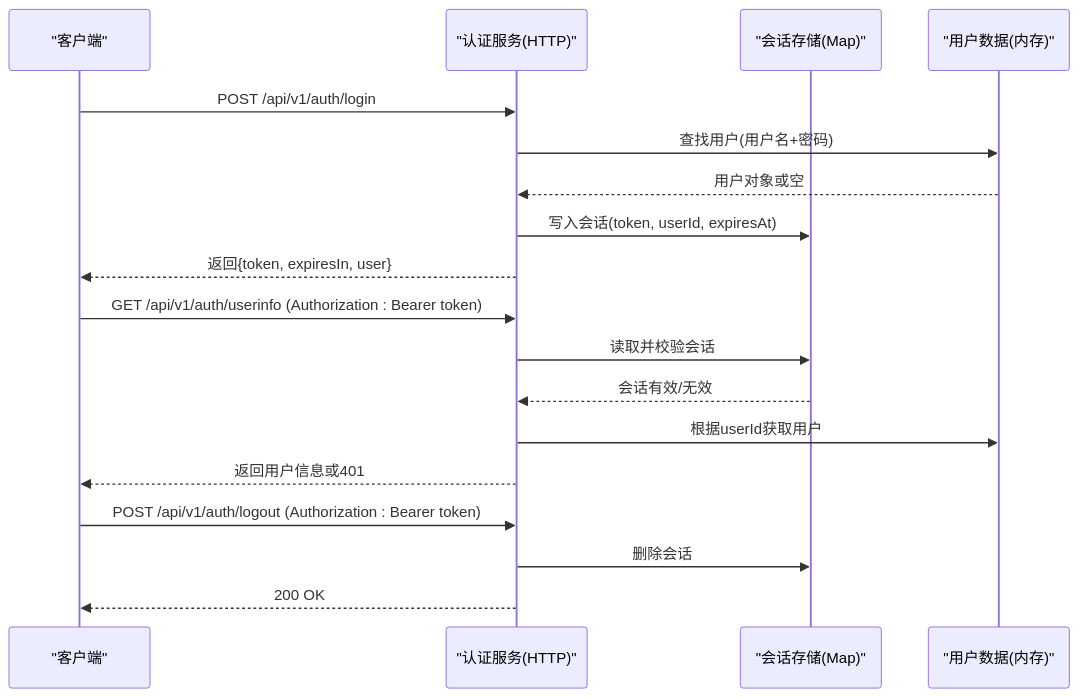
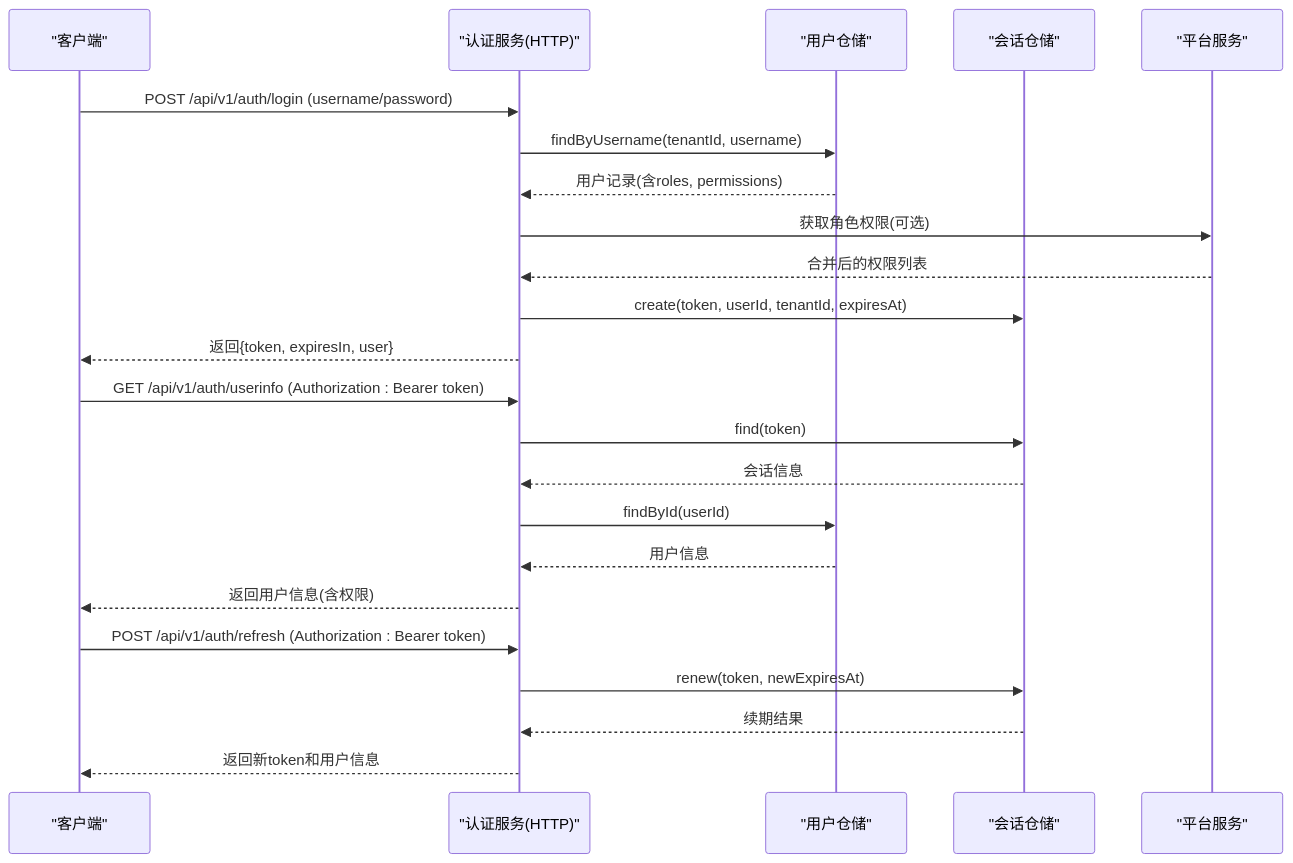
Before and after one commit to q446328246/agri-platform: the second of 7 diagrams in .qoder/repowiki/zh/content/核心服务文档/认证授权服务.md, drawn with Mermaid. The commit also changed other lines of this file and 84 other files, not shown here.

````diff
--- a/.qoder/repowiki/zh/content/核心服务文档/认证授权服务.md
+++ b/.qoder/repowiki/zh/content/核心服务文档/认证授权服务.md
@@ -79,20 +111,25 @@
 ```mermaid
 sequenceDiagram
 participant Client as "客户端"
 participant Auth as "认证服务(HTTP)"
-participant Session as "会话存储(Map)"
-participant Users as "用户数据(内存)"
-Client->>Auth : POST /api/v1/auth/login
-Auth->>Users : 查找用户(用户名+密码)
-Users-->>Auth : 用户对象或空
-Auth->>Session : 写入会话(token, userId, expiresAt)
+participant UserRepo as "用户仓储"
+participant SessionRepo as "会话仓储"
+participant Platform as "平台服务"
+Client->>Auth : POST /api/v1/auth/login (username/password)
+Auth->>UserRepo : findByUsername(tenantId, username)
+UserRepo-->>Auth : 用户记录(含roles, permissions)
+Auth->>Platform : 获取角色权限(可选)
+Platform-->>Auth : 合并后的权限列表
+Auth->>SessionRepo : create(token, userId, tenantId, expiresAt)
 Auth-->>Client : 返回{token, expiresIn, user}
 Client->>Auth : GET /api/v1/auth/userinfo (Authorization : Bearer token)
-Auth->>Session : 读取并校验会话
-Session-->>Auth : 会话有效/无效
-Auth->>Users : 根据userId获取用户
-Auth-->>Client : 返回用户信息或401
-Client->>Auth : POST /api/v1/auth/logout (Authorization : Bearer token)
-Auth->>Session : 删除会话
-Auth-->>Client : 200 OK
+Auth->>SessionRepo : find(token)
+SessionRepo-->>Auth : 会话信息
+Auth->>UserRepo : findById(userId)
+UserRepo-->>Auth : 用户信息
+Auth-->>Client : 返回用户信息(含权限)
+Client->>Auth : POST /api/v1/auth/refresh (Authorization : Bearer token)
+Auth->>SessionRepo : renew(token, newExpiresAt)
+SessionRepo-->>Auth : 续期结果
+Auth-->>Client : 返回新token和用户信息
 ```
````
